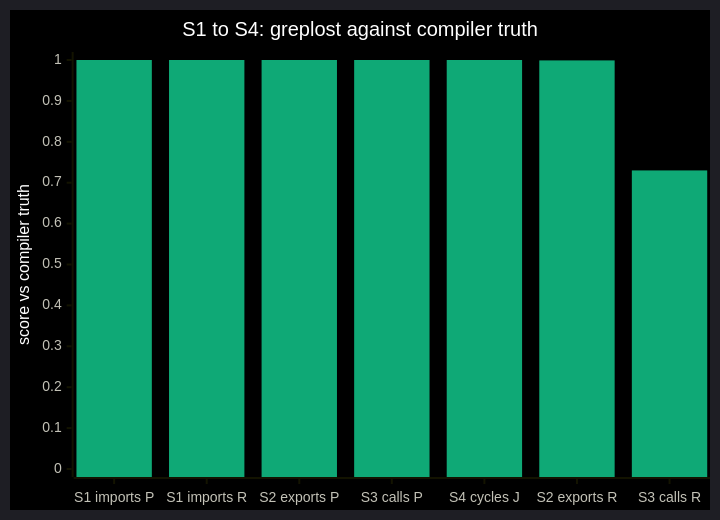
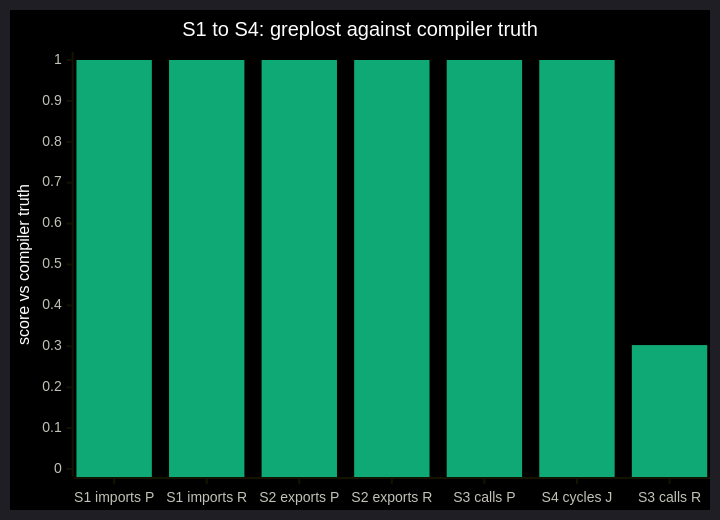
The eighth of 10 diagrams in bench/RESULTS.md (sns45/greplost), drawn with Mermaid before and after one commit. The commit also changed other lines of this file and 6 other files, not shown here.

````diff
--- a/bench/RESULTS.md
+++ b/bench/RESULTS.md
@@ -295,11 +566,11 @@
 ```mermaid
 %%{init: {"theme": "dark", "themeVariables": {"xyChart": {"backgroundColor": "#000000", "titleColor": "#ffffff", "xAxisLabelColor": "#c3c2b7", "yAxisLabelColor": "#c3c2b7", "xAxisTitleColor": "#ffffff", "yAxisTitleColor": "#ffffff", "plotColorPalette": "#0fa976,#e0561c,#2f86ef"}}}}%%
 xychart-beta
     title "S1 to S4: greplost against compiler truth"
-    x-axis ["S1 imports P", "S1 imports R", "S2 exports P", "S3 calls P", "S4 cycles J", "S2 exports R", "S3 calls R"]
+    x-axis ["S1 imports P", "S1 imports R", "S2 exports P", "S2 exports R", "S3 calls P", "S4 cycles J", "S3 calls R"]
     y-axis "score vs compiler truth" 0 --> 1
-    bar [1, 1, 1, 1, 1, 0.999, 0.73]
+    bar [1, 1, 1, 1, 1, 1, 0.303]
     %% series, in order: greplost
-    %% Precision, recall and cycle agreement on hono (248 files); higher is better.
+    %% Precision, recall and cycle agreement on anyq (148 files); higher is better.
     %% greplost only: these are the single-tool gates of tech spec section 3, not a comparison. S3 is the confidence=high arm, which is the gate; the all-confidence arm is in the table. A dashed stub is a score the payload did not carry.
 ```
````
